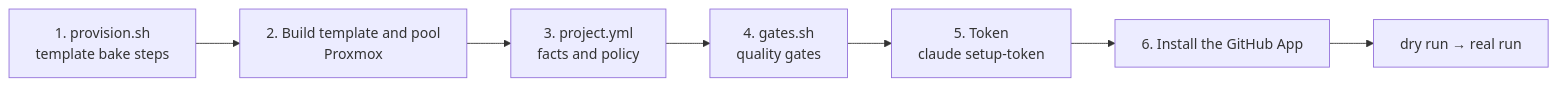
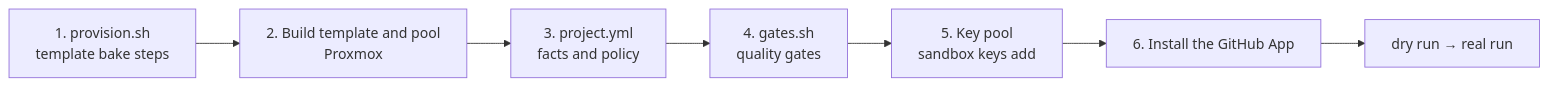
The diagram in website/content/en/guides/add-project.md (akkijp-oss/aifactory), drawn with Mermaid before and after one commit. The commit also changed other lines of this file and 62 other files, not shown here.

First line of the commit message:
VM に渡す Claude の鍵の出どころを鍵プールだけにし、sandbox の env ファイル経路を廃止する（ADR-0060）

````diff
--- a/website/content/en/guides/add-project.md
+++ b/website/content/en/guides/add-project.md
@@ -7,9 +7,9 @@
 ```mermaid
 flowchart LR
   A[1. provision.sh<br>template bake steps] --> B[2. Build template and pool<br>Proxmox]
   B --> C[3. project.yml<br>facts and policy]
   C --> D[4. gates.sh<br>quality gates]
-  D --> E[5. Token<br>claude setup-token]
+  D --> E[5. Key pool<br>sandbox keys add]
   E --> F[6. Install the GitHub App]
   F --> G[dry run → real run]
 ```
````
